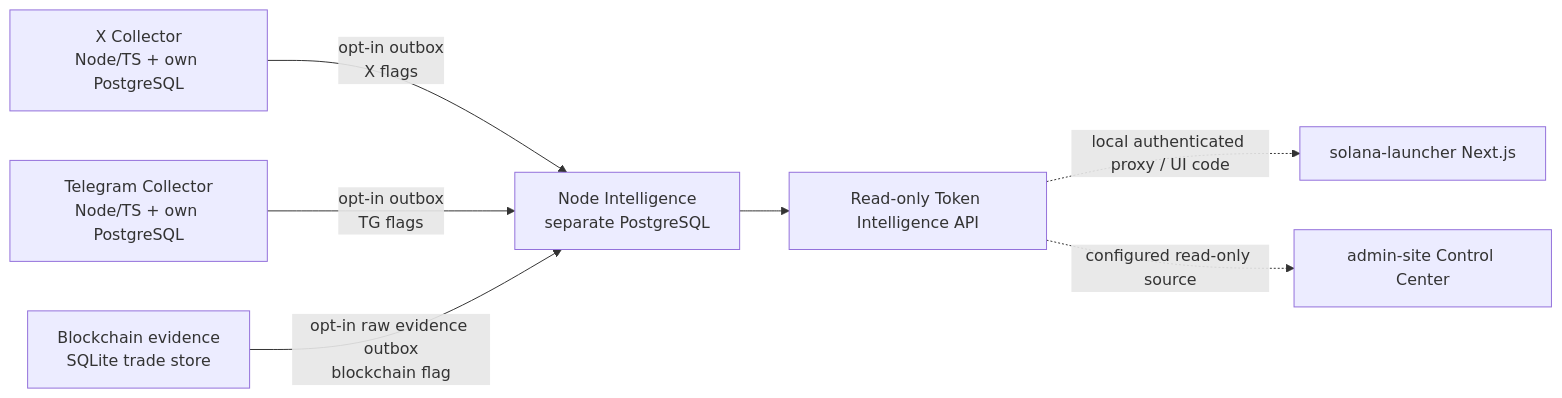
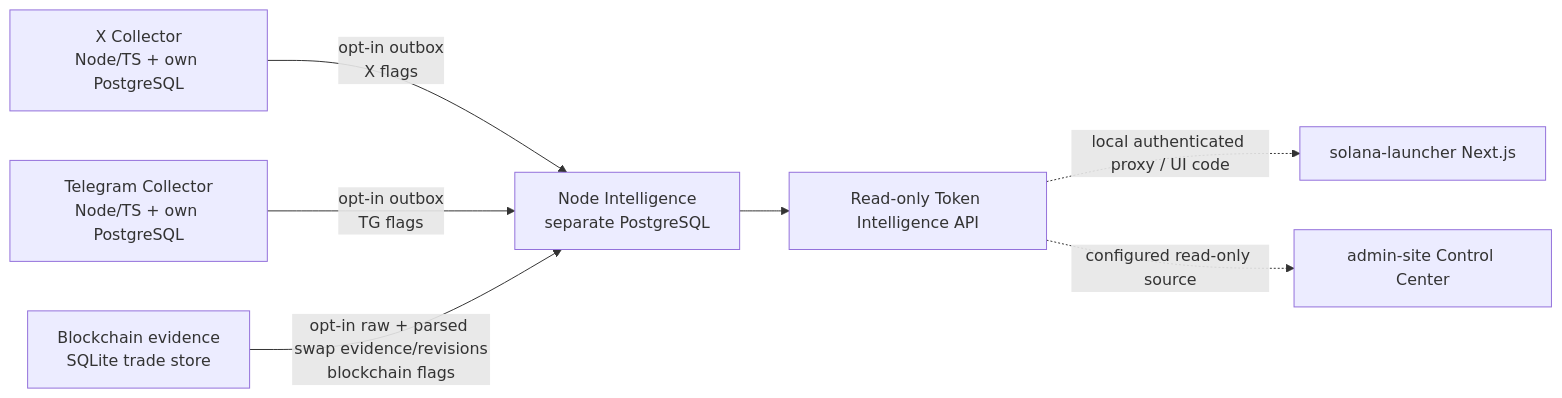
Before and after one commit to vyborovamaria3-maker/claude-project: the first of 2 diagrams in docs/architecture/SYSTEM_DEPENDENCY_MAP_20261030.md, drawn with Mermaid. The commit also changed other lines of this file, not shown here.

Commit message:
docs(architecture): map blockchain swap evidence and revision flow

````diff
--- a/docs/architecture/SYSTEM_DEPENDENCY_MAP_20261030.md
+++ b/docs/architecture/SYSTEM_DEPENDENCY_MAP_20261030.md
@@ -7,9 +7,9 @@
 ```mermaid
 flowchart LR
   X["X Collector\nNode/TS + own PostgreSQL"] -->|"opt-in outbox\nX flags"| I["Node Intelligence\nseparate PostgreSQL"]
   TG["Telegram Collector\nNode/TS + own PostgreSQL"] -->|"opt-in outbox\nTG flags"| I
-  CH["Blockchain evidence\nSQLite trade store"] -->|"opt-in raw evidence outbox\nblockchain flag"| I
+  CH["Blockchain evidence\nSQLite trade store"] -->|"opt-in raw + parsed swap evidence/revisions\nblockchain flags"| I
   I --> API["Read-only Token Intelligence API"]
   API -. "local authenticated proxy / UI code" .-> UI["solana-launcher Next.js"]
   API -. "configured read-only source" .-> ADMIN["admin-site Control Center"]
 ```
````
